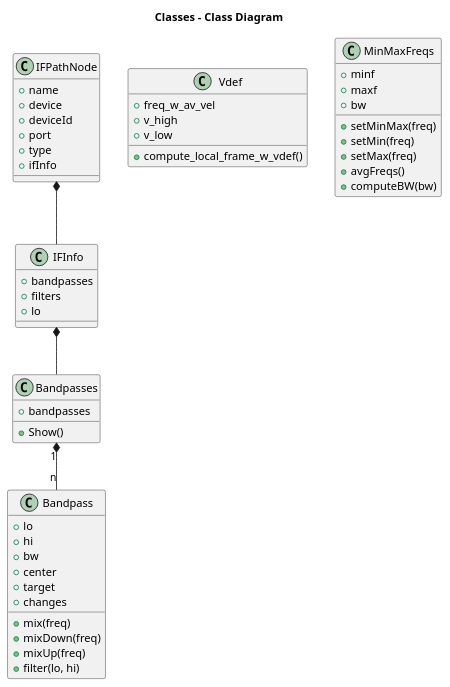
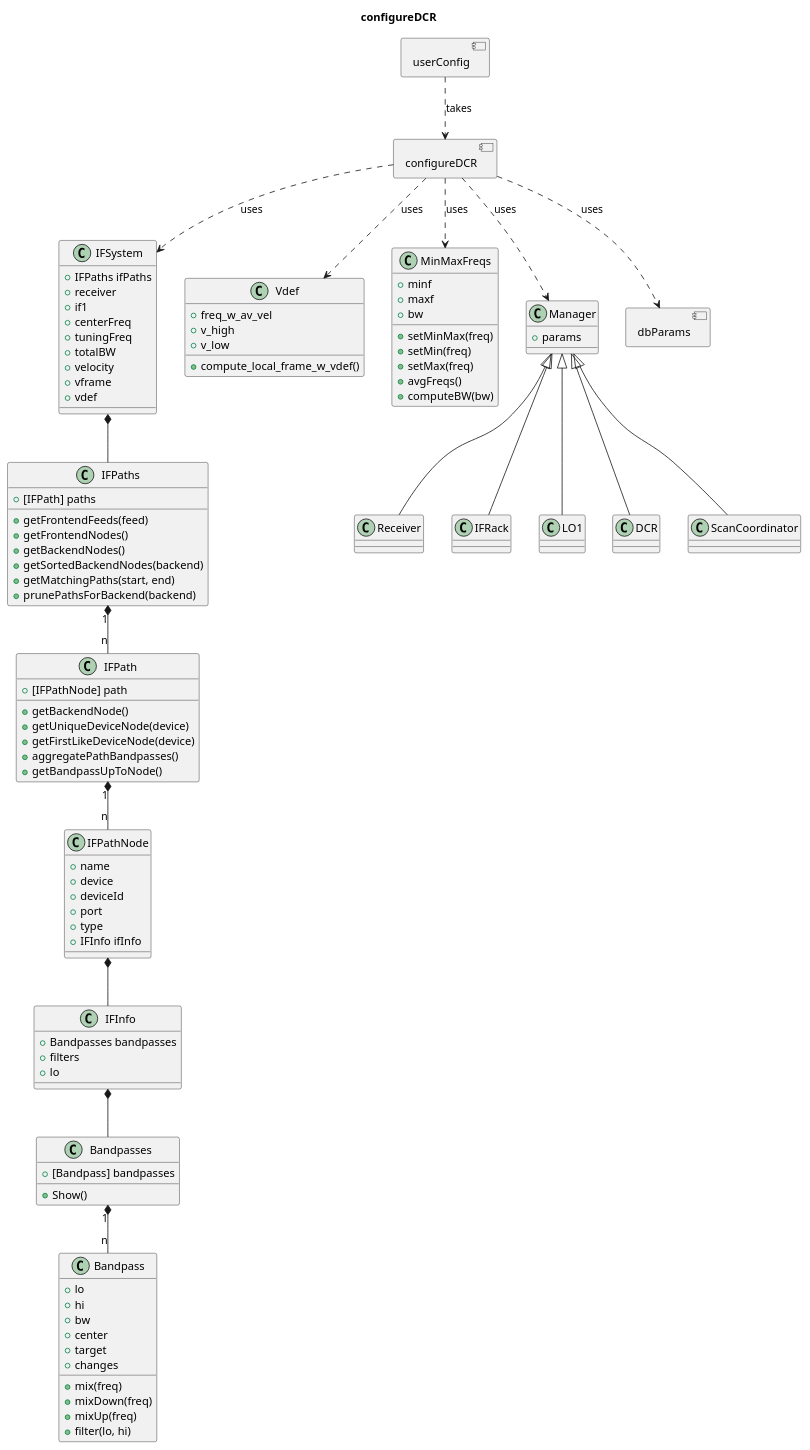
One commit to pmargani/myConfig changed the diagram in docs/myConfigClasses.plantuml. Above: the diagram before and after it, drawn with PlantUML.

Commit message:
updated UML

```diff
--- a/docs/myConfigClasses.plantuml
+++ b/docs/myConfigClasses.plantuml
@@ -1,62 +1,127 @@
 @startuml
 
-title Classes - Class Diagram
+allowmixing
 
+title configureDCR
+
+class IFSystem {
+  + IFPaths ifPaths
+  + receiver
+  + if1
+  + centerFreq
+  + tuningFreq
+  + totalBW
+  + velocity
+  + vframe
+  + vdef
+}
+
+class IFPaths {
+   + [IFPath] paths
+   + getFrontendFeeds(feed)
+   + getFrontendNodes()
+   + getBackendNodes()
+   + getSortedBackendNodes(backend)
+   + getMatchingPaths(start, end)
+   + prunePathsForBackend(backend)
+}
+
+class IFPath {
+   + [IFPathNode] path
+   + getBackendNode()
+   + getUniqueDeviceNode(device)
+   + getFirstLikeDeviceNode(device)
+   + aggregatePathBandpasses()
+   + getBandpassUpToNode()
+}
 
 class IFPathNode {
   + name
   + device
   + deviceId
   + port
   + type
-  + ifInfo
+  + IFInfo ifInfo
   
 }
 
 class IFInfo {
-  + bandpasses
+  + Bandpasses bandpasses
   + filters
   + lo
 }
 
 class Bandpasses {
-  + bandpasses
+  + [Bandpass] bandpasses
   + Show()
 }
 
 class Bandpass {
   + lo
   + hi
   + bw
   + center
   + target
   + changes
   + mix(freq)
   + mixDown(freq)
   + mixUp(freq)
   + filter(lo, hi)
 }
 
 class Vdef {
   + freq_w_av_vel
   + v_high
   + v_low
   + compute_local_frame_w_vdef()
 }
 
 class MinMaxFreqs {
   + minf
   + maxf
   + bw
   + setMinMax(freq)
   + setMin(freq)
   + setMax(freq)
   + avgFreqs()
   + computeBW(bw)
 }
 
+class Manager {
+  + params
+}
+
+class Receiver 
+class IFRack
+class LO1
+class DCR
+class ScanCoordinator
+
+
+component configureDCR
+component dbParams
+component userConfig
+
+
+
+Manager <|-- Receiver
+Manager <|-- LO1
+Manager <|-- IFRack
+Manager <|-- ScanCoordinator
+Manager <|-- DCR
+
+IFSystem *-- IFPaths
+IFPaths "1" *-- "n" IFPath
+IFPath "1" *-- "n" IFPathNode
 IFPathNode *-- IFInfo
 IFInfo *-- Bandpasses
 Bandpasses "1" *-- "n" Bandpass
 
+configureDCR ..> dbParams: uses
+configureDCR ..> IFSystem: uses
+configureDCR ..> Manager: uses
+configureDCR ..> Vdef: uses
+configureDCR ..> MinMaxFreqs: uses
+userConfig ..> configureDCR: takes
+
 @enduml
```
